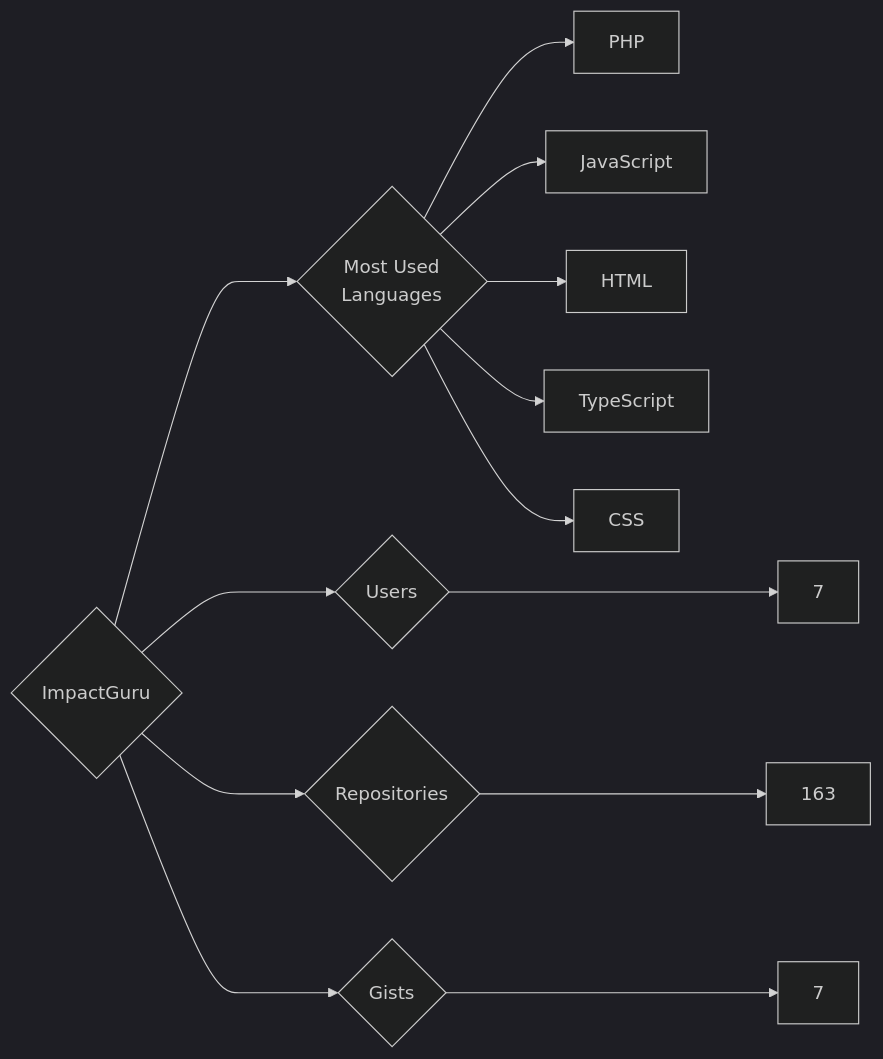
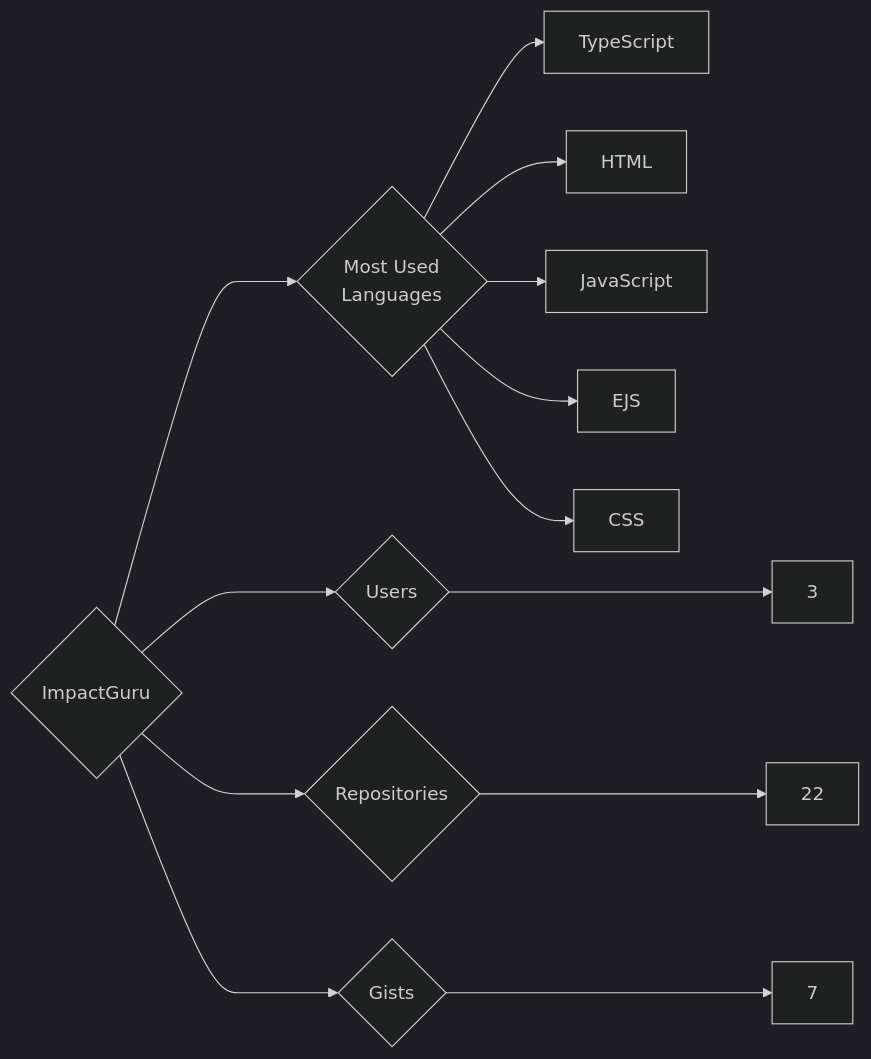
Before and after one commit to trickest/insiders: the diagram in targets/ImpactGuru/README.md, drawn with Mermaid (dark theme). The commit also changed 997 other files, not shown here.

````diff
--- a/targets/ImpactGuru/README.md
+++ b/targets/ImpactGuru/README.md
@@ -3,13 +3,13 @@
 ```mermaid
 graph LR
 COMPANY_NAME{ImpactGuru}
-COMPANY_NAME ---> U{Users} ---> UN[7]
-COMPANY_NAME ---> R{Repositories} ---> RN[163]
+COMPANY_NAME ---> U{Users} ---> UN[3]
+COMPANY_NAME ---> R{Repositories} ---> RN[22]
 COMPANY_NAME ---> G{Gists} ---> GN[7]
 COMPANY_NAME ---> ML{Most Used<br>Languages}
-ML --> PHP[PHP]
+ML --> TypeScript[TypeScript]
+ML --> HTML[HTML]
 ML --> JavaScript[JavaScript]
-ML --> HTML[HTML]
-ML --> TypeScript[TypeScript]
+ML --> EJS[EJS]
 ML --> CSS[CSS]
 ```
````
